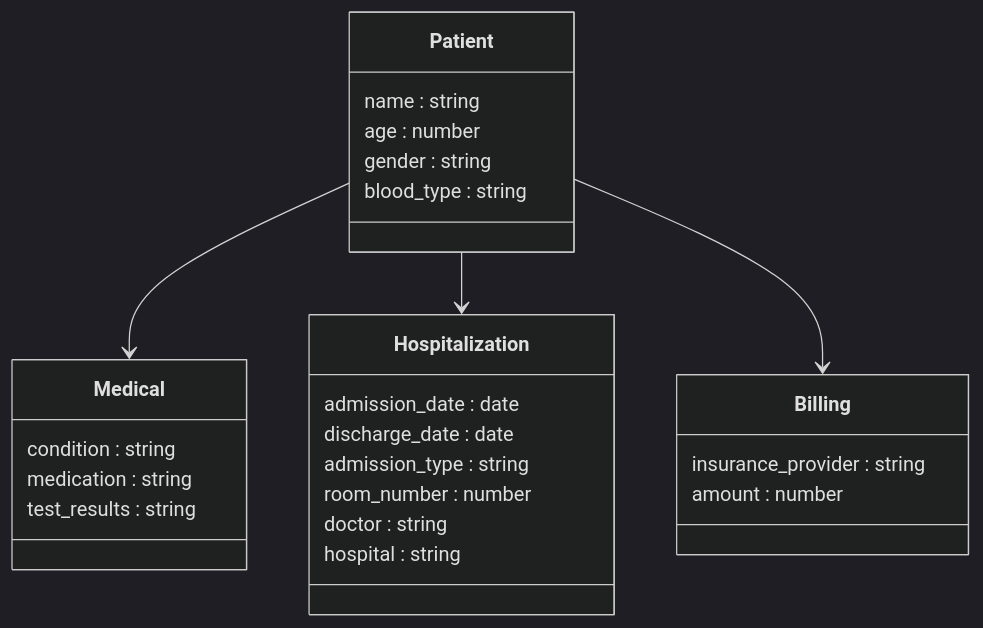
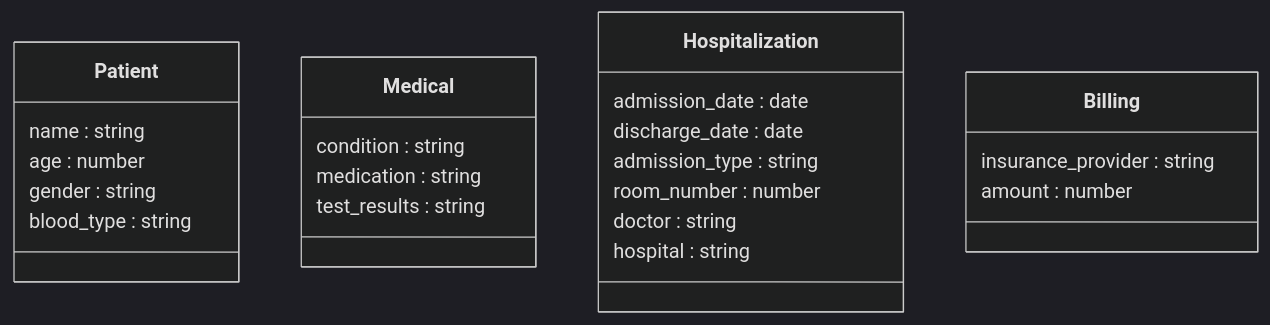
One commit to mickaeljdd/P5_MongoDB_Docker changed the diagram in README.md. Above: the diagram before and after it, drawn with Mermaid (dark theme).

Commit message:
Update README to remove Patient associations
Removed associations for Patient in the documentation.

````diff
--- a/README.md
+++ b/README.md
@@ -116,33 +116,30 @@
 ```mermaid
 classDiagram
     class Patient {
         name : string
         age : number
         gender : string
         blood_type : string
     }
 
     class Medical {
         condition : string
         medication : string
         test_results : string
     }
 
     class Hospitalization {
         admission_date : date
         discharge_date : date
         admission_type : string
         room_number : number
         doctor : string
         hospital : string
     }
 
     class Billing {
         insurance_provider : string
         amount : number
     }
 
-    Patient --> Medical
-    Patient --> Hospitalization
-    Patient --> Billing
 ```
````
